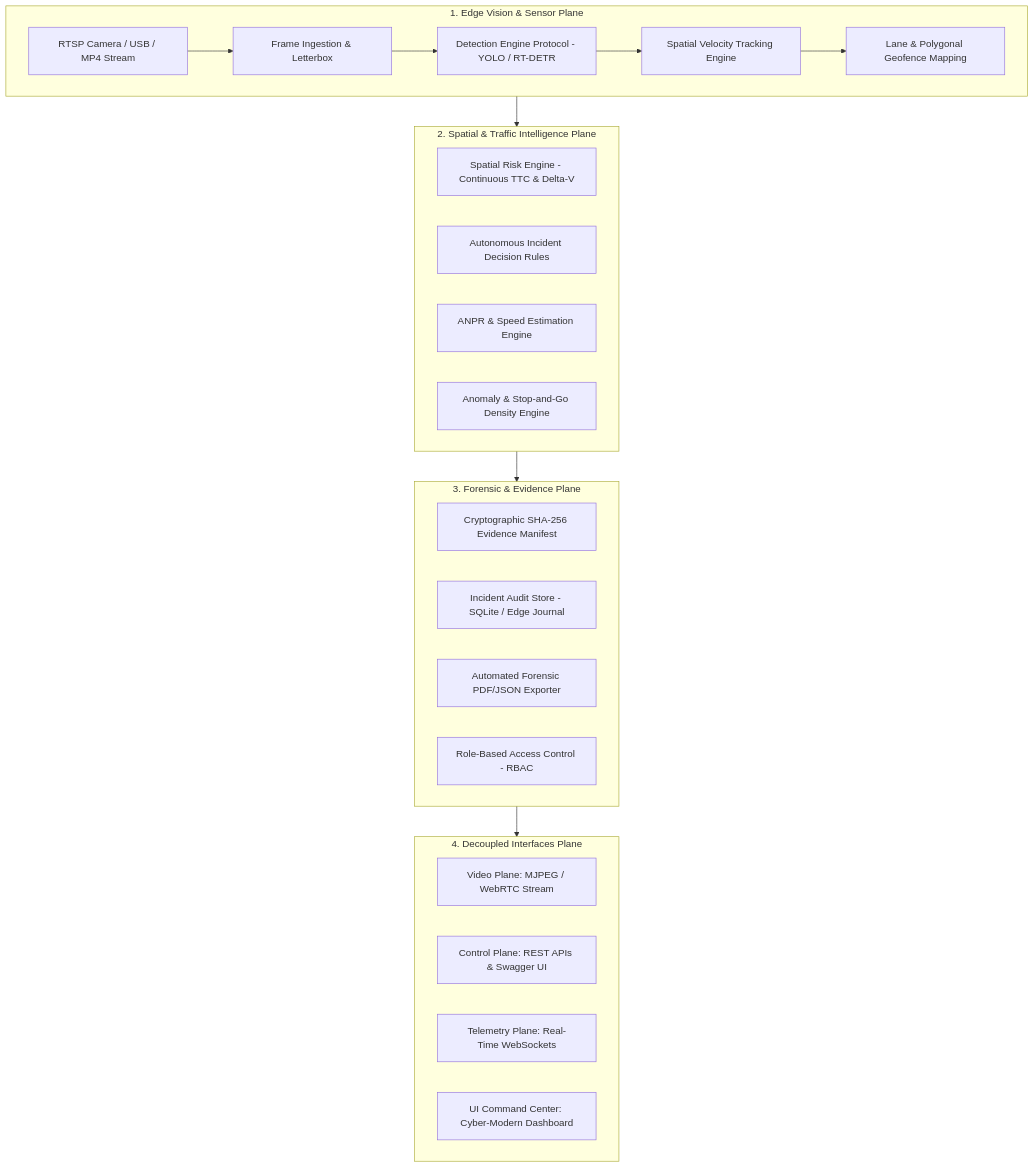
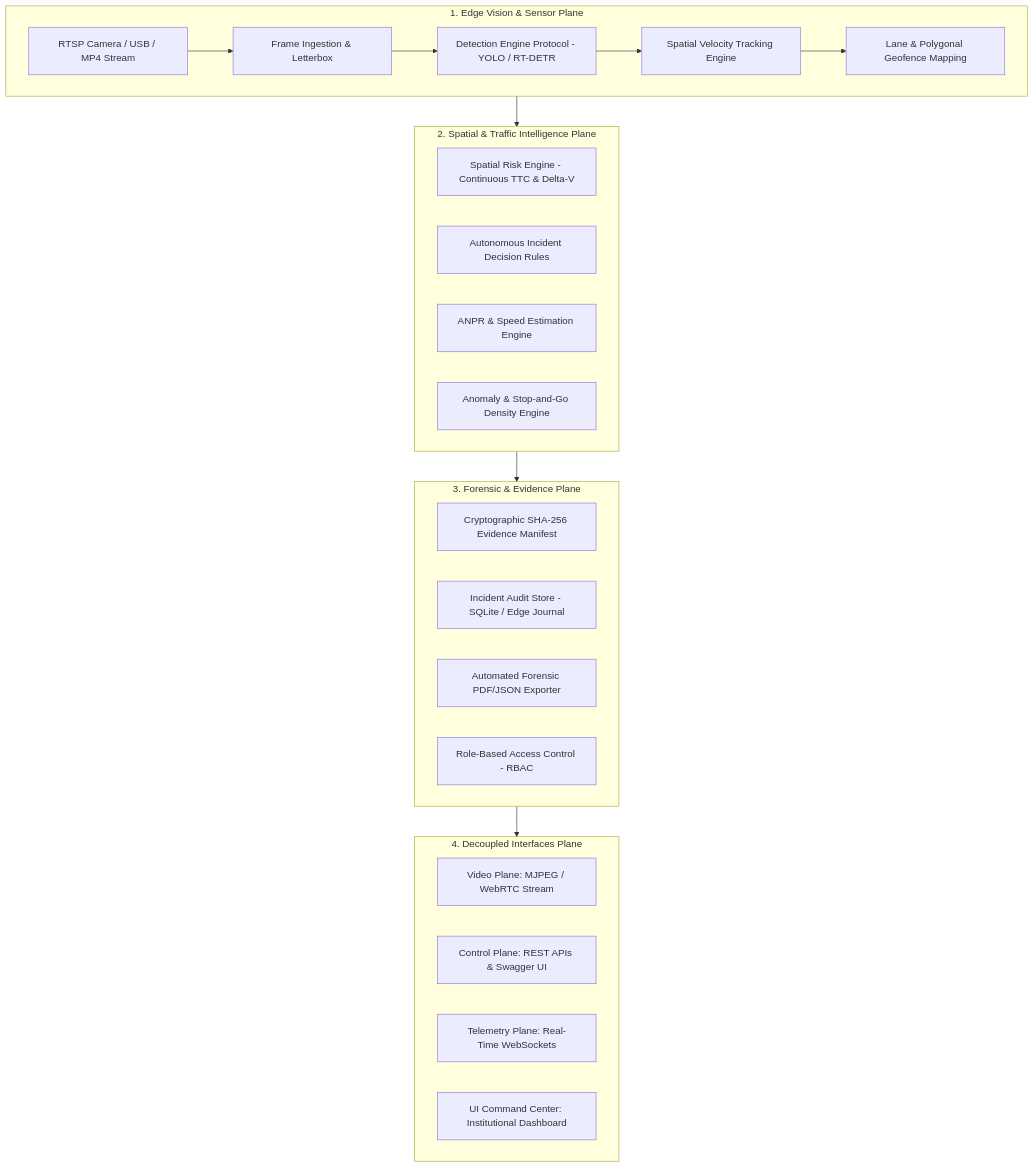
The diagram in ARCHITECTURE.md (sanka-dev425/argustraffic-ai), drawn with Mermaid before and after one commit. The commit also changed other lines of this file and 3 other files, not shown here.

````diff
--- a/ARCHITECTURE.md
+++ b/ARCHITECTURE.md
@@ -10,34 +10,34 @@
 ```mermaid
 flowchart TD
     subgraph EdgePlane ["1. Edge Vision & Sensor Plane"]
         A1[RTSP Camera / USB / MP4 Stream] --> A2[Frame Ingestion & Letterbox]
         A2 --> A3[Detection Engine Protocol - YOLO / RT-DETR]
         A3 --> A4[Spatial Velocity Tracking Engine]
         A4 --> A5[Lane & Polygonal Geofence Mapping]
     end
 
     subgraph IntelligencePlane ["2. Spatial & Traffic Intelligence Plane"]
         B1[Spatial Risk Engine - Continuous TTC & Delta-V]
         B2[Autonomous Incident Decision Rules]
         B3[ANPR & Speed Estimation Engine]
         B4[Anomaly & Stop-and-Go Density Engine]
     end
 
     subgraph ForensicPlane ["3. Forensic & Evidence Plane"]
         C1[Cryptographic SHA-256 Evidence Manifest]
         C2[Incident Audit Store - SQLite / Edge Journal]
         C3[Automated Forensic PDF/JSON Exporter]
         C4[Role-Based Access Control - RBAC]
     end
 
     subgraph InterfacesPlane ["4. Decoupled Interfaces Plane"]
         D1[Video Plane: MJPEG / WebRTC Stream]
         D2[Control Plane: REST APIs & Swagger UI]
         D3[Telemetry Plane: Real-Time WebSockets]
-        D4[UI Command Center: Cyber-Modern Dashboard]
+        D4[UI Command Center: Institutional Dashboard]
     end
 
     EdgePlane --> IntelligencePlane
     IntelligencePlane --> ForensicPlane
     ForensicPlane --> InterfacesPlane
 ```
````
